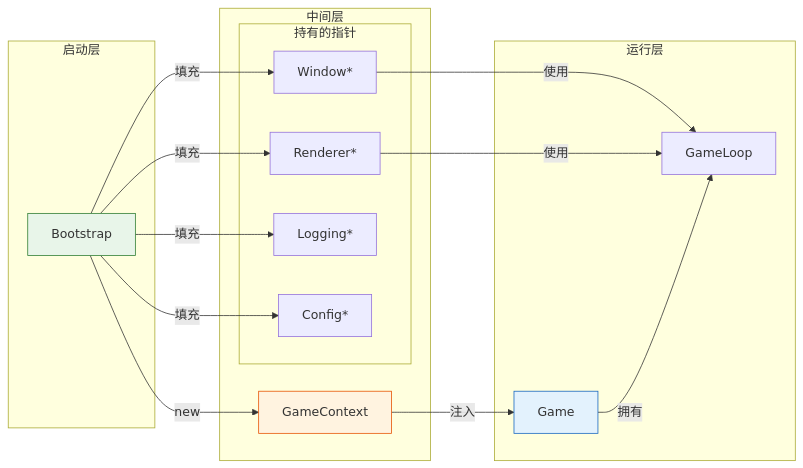
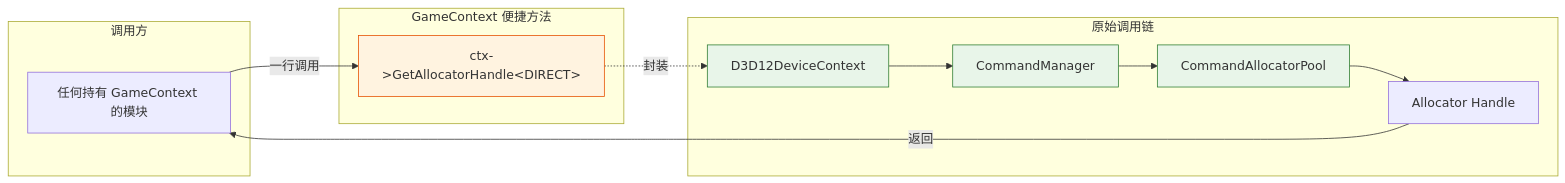
The fourth of 6 diagrams in src/posts/DX12Engine/Bootstrap/Context.md (Gunxzq/blog), drawn with Mermaid before and after one commit. The commit also changed other lines of this file and 13 other files, not shown here.

````diff
--- a/src/posts/DX12Engine/Bootstrap/Context.md
+++ b/src/posts/DX12Engine/Bootstrap/Context.md
@@ -234,36 +288,29 @@
 ```mermaid
-graph LR
-    subgraph "启动层"
-        Bootstrap["Bootstrap"]
+flowchart LR
+    subgraph "调用方"
+        USER[任何持有 GameContext 的模块]
     end
 
-    subgraph "中间层"
-        Context["GameContext"]
-        subgraph "持有的指针"
-            Window["Window*"]
-            Renderer["Renderer*"]
-            Logging["Logging*"]
-            Config["Config*"]
-        end
+    subgraph "GameContext 便捷方法"
+        M[ctx->GetAllocatorHandle&lt;DIRECT&gt;]
     end
 
-    subgraph "运行层"
-        Game["Game"]
-        GameLoop["GameLoop"]
+    subgraph "原始调用链"
+        DC[D3D12DeviceContext]
+        CM[CommandManager]
+        CP[CommandAllocatorPool]
+        RES[Allocator Handle]
     end
 
-    Bootstrap -->|"new"| Context
-    Bootstrap -->|"填充"| Window
-    Bootstrap -->|"填充"| Renderer
-    Bootstrap -->|"填充"| Logging
-    Bootstrap -->|"填充"| Config
+    USER -->|一行调用| M
+    M -.->|封装| DC
+    DC --> CM
+    CM --> CP
+    CP --> RES
+    RES -->|返回| USER
 
-    Context -->|"注入"| Game
-    Window -->|"使用"| GameLoop
-    Renderer -->|"使用"| GameLoop
-    Game -->|"拥有"| GameLoop
-
-    style Bootstrap fill:#e8f5e9,stroke:#2e7d32
-    style Context fill:#fff3e0,stroke:#e65100
-    style Game fill:#e3f2fd,stroke:#1565c0
+    style M fill:#fff3e0,stroke:#e65100
+    style DC fill:#e8f5e9,stroke:#2e7d32
+    style CM fill:#e8f5e9,stroke:#2e7d32
+    style CP fill:#e8f5e9,stroke:#2e7d32
 ```
````
